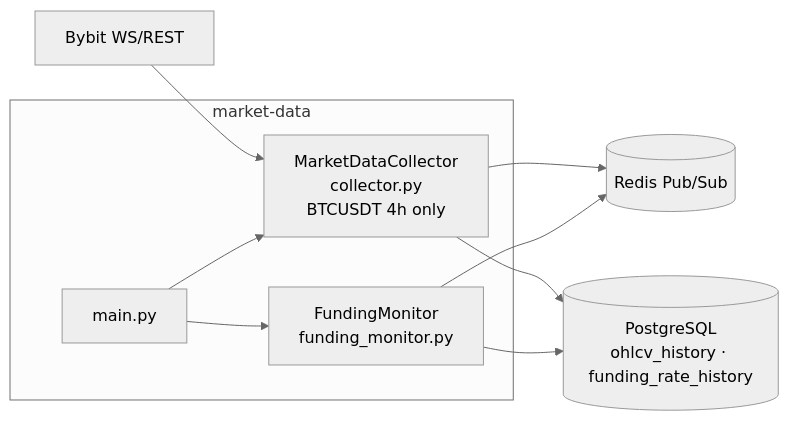
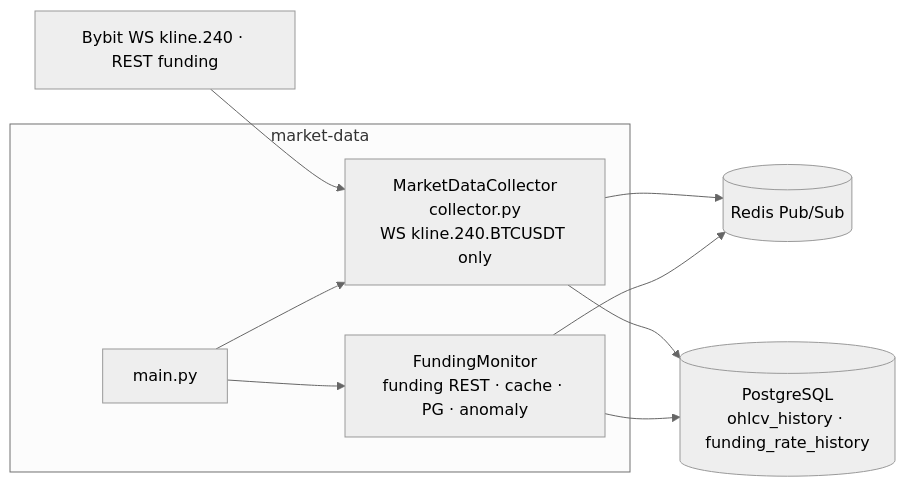
The fourth of 5 diagrams in docs/cryptoengine/30-components.md (Justant-source/Bit-Mania), drawn with Mermaid (neutral theme) before and after one commit. The commit also changed other lines of this file and 7 other files, not shown here.

First line of the commit message:
perf(market-data): keep only the 4h kline and funding REST feed

````diff
--- a/docs/cryptoengine/30-components.md
+++ b/docs/cryptoengine/30-components.md
@@ -159,18 +159,18 @@
 ```mermaid
 flowchart LR
   subgraph md["market-data"]
     main["main.py"]
-    col["MarketDataCollector<br/>collector.py<br/>BTCUSDT 4h only"]
-    fm["FundingMonitor<br/>funding_monitor.py"]
+    col["MarketDataCollector<br/>collector.py<br/>WS kline.240.BTCUSDT only"]
+    fm["FundingMonitor<br/>funding REST · cache · PG · anomaly"]
   end
-  bybit["Bybit WS/REST"]
+  bybit["Bybit WS kline.240 · REST funding"]
   redis[("Redis Pub/Sub")]
   pg[("PostgreSQL<br/>ohlcv_history · funding_rate_history")]
   bybit --> col
   col --> redis
   col --> pg
   fm --> redis
   fm --> pg
   main --> col
   main --> fm
 ```
````
